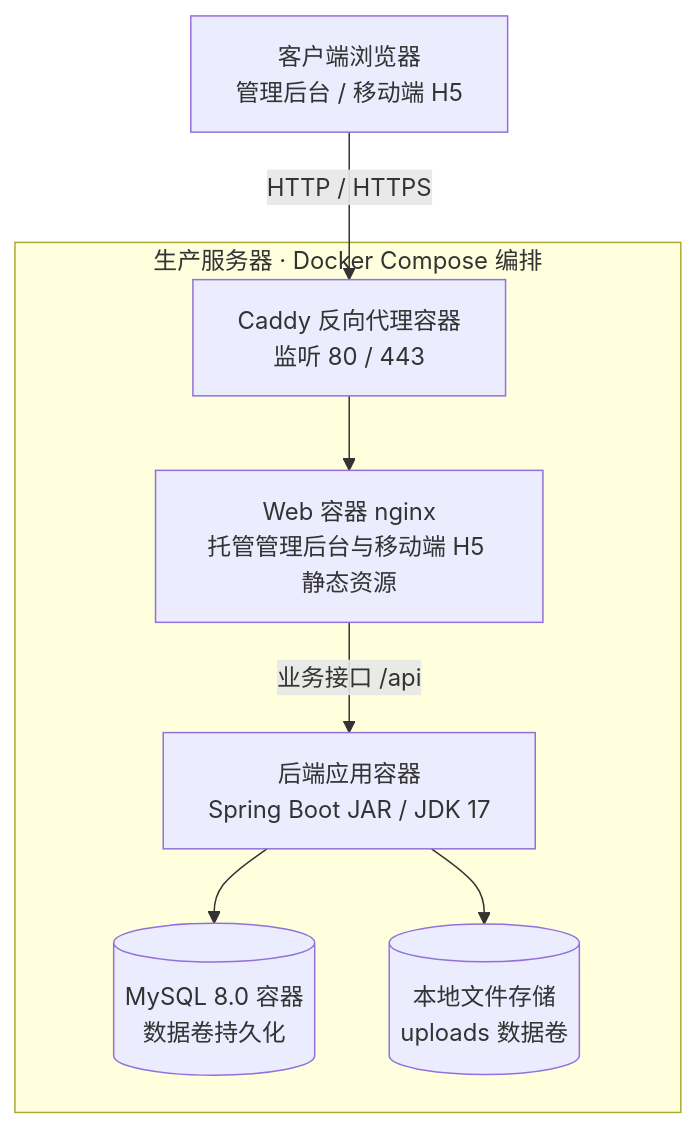
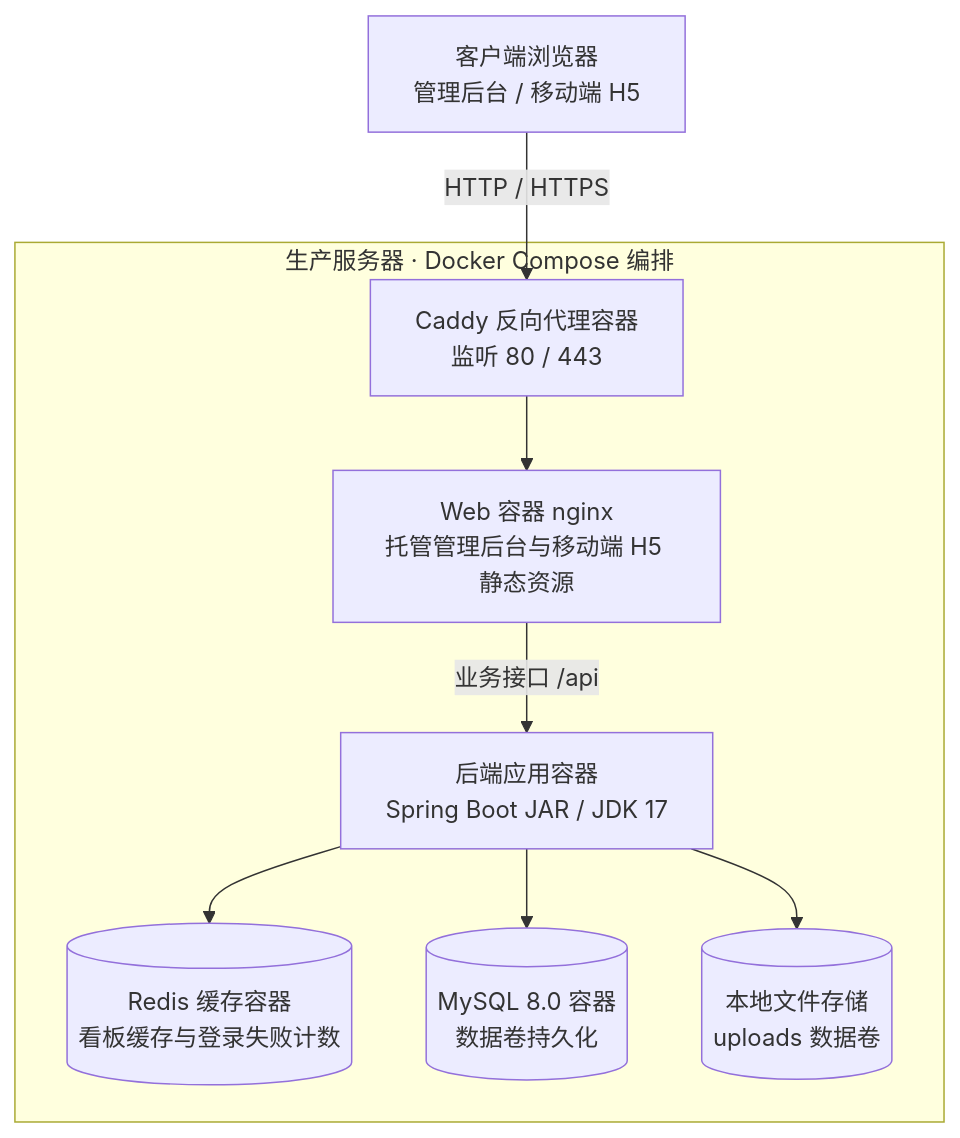
Before and after one commit to BYNekoNay/educational-administration: the ninth of 9 diagrams in docs/thesis/04-第3章-系统需求分析与总体设计.md, drawn with Mermaid. The commit also changed other lines of this file and 7 other files, not shown here.

````diff
--- a/docs/thesis/04-第3章-系统需求分析与总体设计.md
+++ b/docs/thesis/04-第3章-系统需求分析与总体设计.md
@@ -313,16 +313,18 @@
 ```mermaid
 flowchart TB
     U[客户端浏览器<br/>管理后台 / 移动端 H5]
     subgraph Host[生产服务器 · Docker Compose 编排]
         C[Caddy 反向代理容器<br/>监听 80 / 443]
         W[Web 容器 nginx<br/>托管管理后台与移动端 H5 静态资源]
         B[后端应用容器<br/>Spring Boot JAR / JDK 17]
+        CA[(Redis 缓存容器<br/>看板缓存与登录失败计数)]
         DB[(MySQL 8.0 容器<br/>数据卷持久化)]
         FS[(本地文件存储<br/>uploads 数据卷)]
     end
     U -->|HTTP / HTTPS| C
     C --> W
     W -->|业务接口 /api| B
+    B --> CA
     B --> DB
     B --> FS
 ```
````
